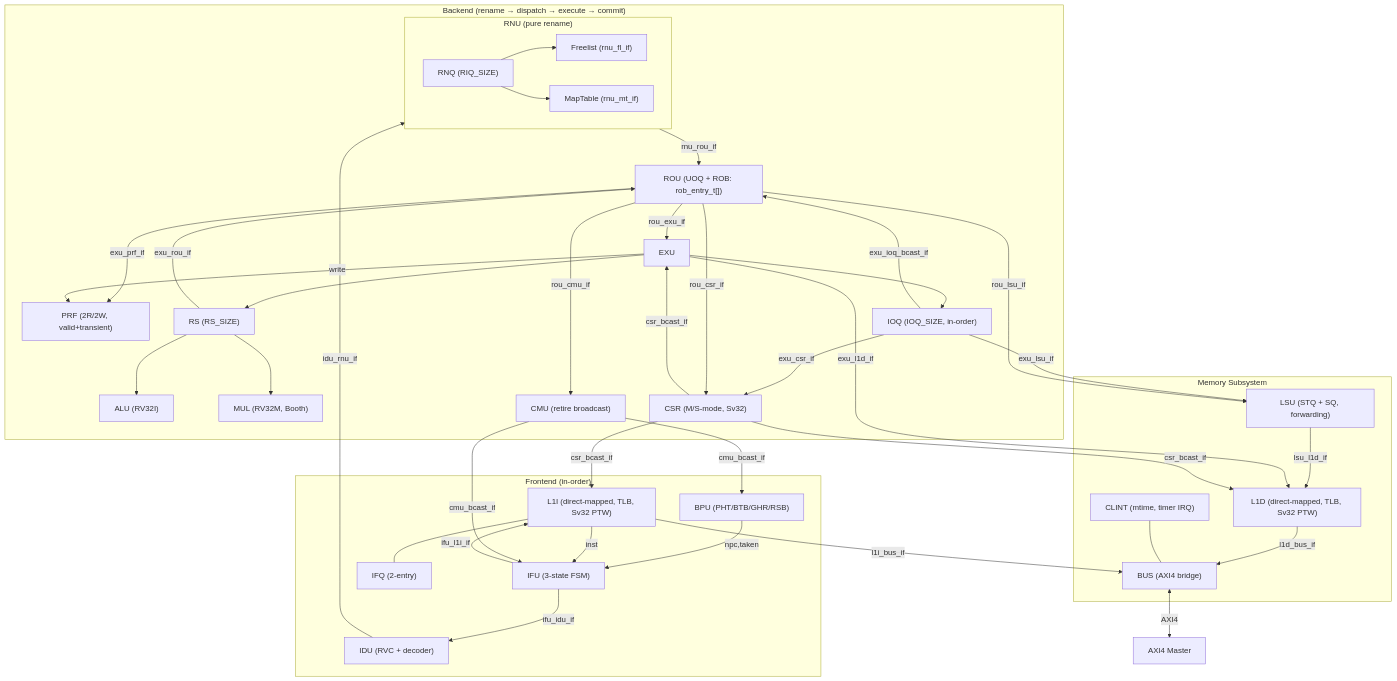
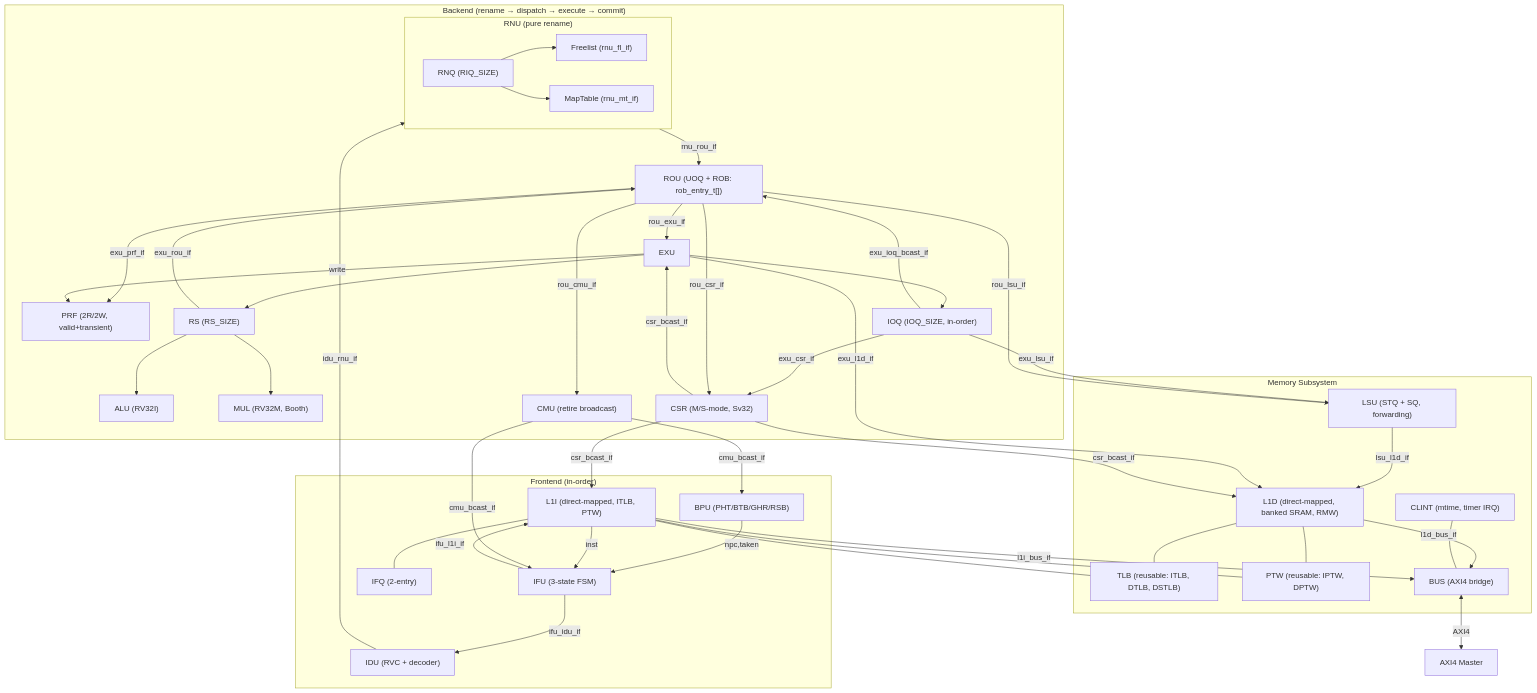
The diagram in docs/uarch.md (Kingfish404/raptor-chip), drawn with Mermaid before and after one commit. The commit also changed other lines of this file and 31 other files, not shown here.

````diff
--- a/docs/uarch.md
+++ b/docs/uarch.md
@@ -323,60 +358,64 @@
 ```mermaid
 flowchart TD
  subgraph FE["Frontend (in-order)"]
         IFU["IFU (3-state FSM)"]
-        L1I["L1I (direct-mapped, TLB, Sv32 PTW)"]
+        L1I["L1I (direct-mapped, ITLB, PTW)"]
         IFQ["IFQ (2-entry)"]
         IDU["IDU (RVC + decoder)"]
         BPU["BPU (PHT/BTB/GHR/RSB)"]
   end
  subgraph BE["Backend (rename → dispatch → execute → commit)"]
         subgraph RNU_TOP["RNU (pure rename)"]
             RNQ["RNQ (RIQ_SIZE)"]
             FL["Freelist (rnu_fl_if)"]
             MT["MapTable (rnu_mt_if)"]
         end
         PRF["PRF (2R/2W, valid+transient)"]
         ROU["ROU (UOQ + ROB: rob_entry_t[])"]
         EXU["EXU"]
         RS["RS (RS_SIZE)"]
         IOQ["IOQ (IOQ_SIZE, in-order)"]
         ALU["ALU (RV32I)"]
         MUL["MUL (RV32M, Booth)"]
         CMU["CMU (retire broadcast)"]
         CSR["CSR (M/S-mode, Sv32)"]
   end
  subgraph MEM["Memory Subsystem"]
         LSU["LSU (STQ + SQ, forwarding)"]
-        L1D["L1D (direct-mapped, TLB, Sv32 PTW)"]
+        L1D["L1D (direct-mapped, banked SRAM, RMW)"]
+        TLB["TLB (reusable: ITLB, DTLB, DSTLB)"]
+        PTW["PTW (reusable: IPTW, DPTW)"]
         BUS["BUS (AXI4 bridge)"]
         CLINT["CLINT (mtime, timer IRQ)"]
   end
     BPU -->|"npc,taken"| IFU
     IFU -->|"ifu_l1i_if"| L1I
     L1I --- IFQ
     L1I -->|"inst"| IFU
     IFU -->|"ifu_idu_if"| IDU
     IDU -->|"idu_rnu_if"| RNU_TOP
     RNQ --> FL & MT
     RNU_TOP -->|"rnu_rou_if"| ROU
     ROU -->|"exu_prf_if"| PRF
     ROU -->|"rou_exu_if"| EXU
     EXU --> RS & IOQ
     RS --> ALU & MUL
     IOQ -->|"exu_lsu_if"| LSU
     IOQ -->|"exu_csr_if"| CSR
     RS -->|"exu_rou_if"| ROU
     IOQ -->|"exu_ioq_bcast_if"| ROU
     EXU -->|"write"| PRF
     ROU -->|"rou_cmu_if"| CMU
     ROU -->|"rou_csr_if"| CSR
     ROU -->|"rou_lsu_if"| LSU
     CMU -->|"cmu_bcast_if"| IFU & BPU
     LSU -->|"lsu_l1d_if"| L1D
     EXU -->|"exu_l1d_if"| L1D
+    L1I --- TLB & PTW
+    L1D --- TLB & PTW
     L1I -->|"l1i_bus_if"| BUS
     L1D -->|"l1d_bus_if"| BUS
     BUS <-->|"AXI4"| AXI["AXI4 Master"]
     CLINT --- BUS
     CSR -->|"csr_bcast_if"| L1I & L1D & EXU
 ```
````
